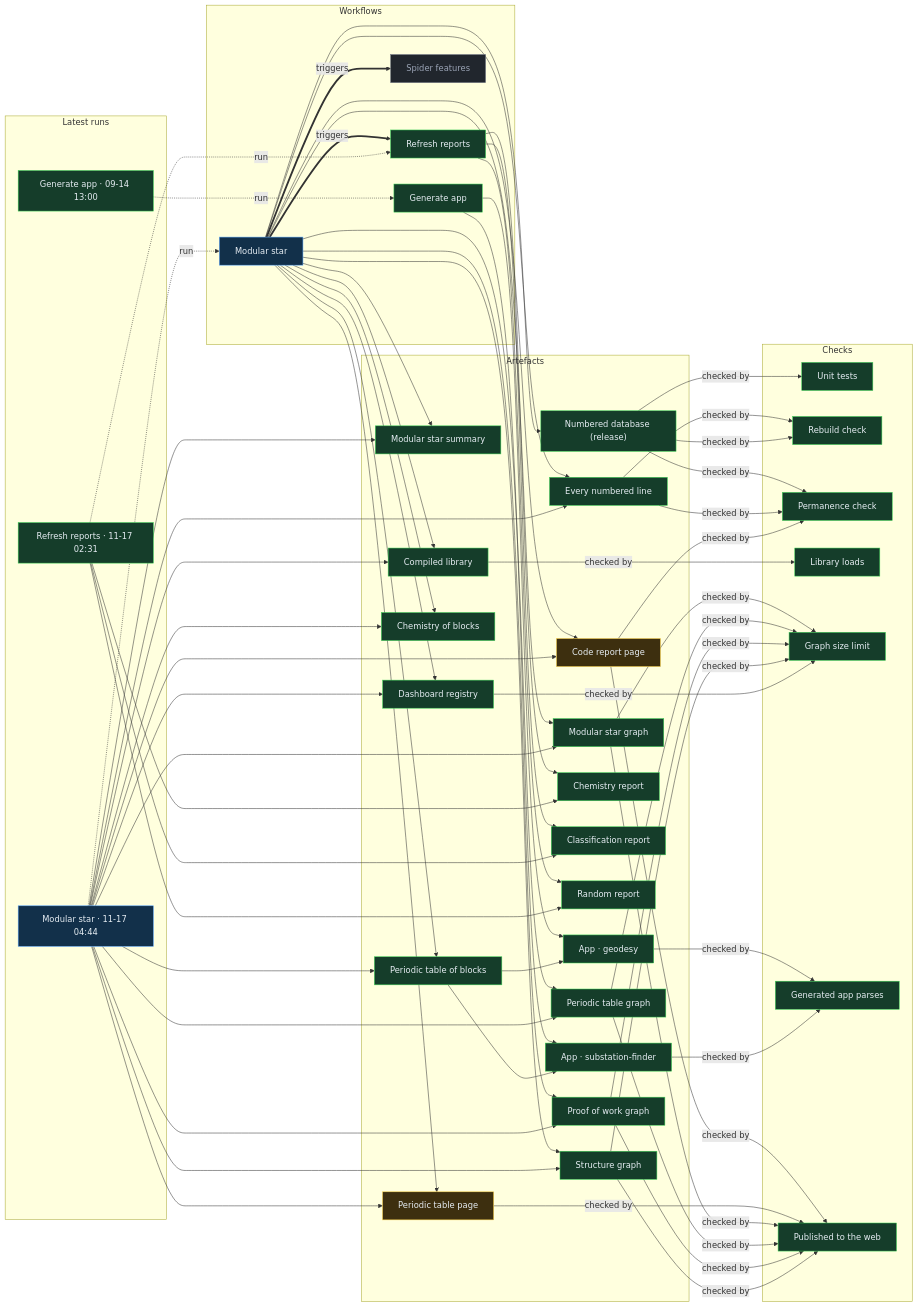
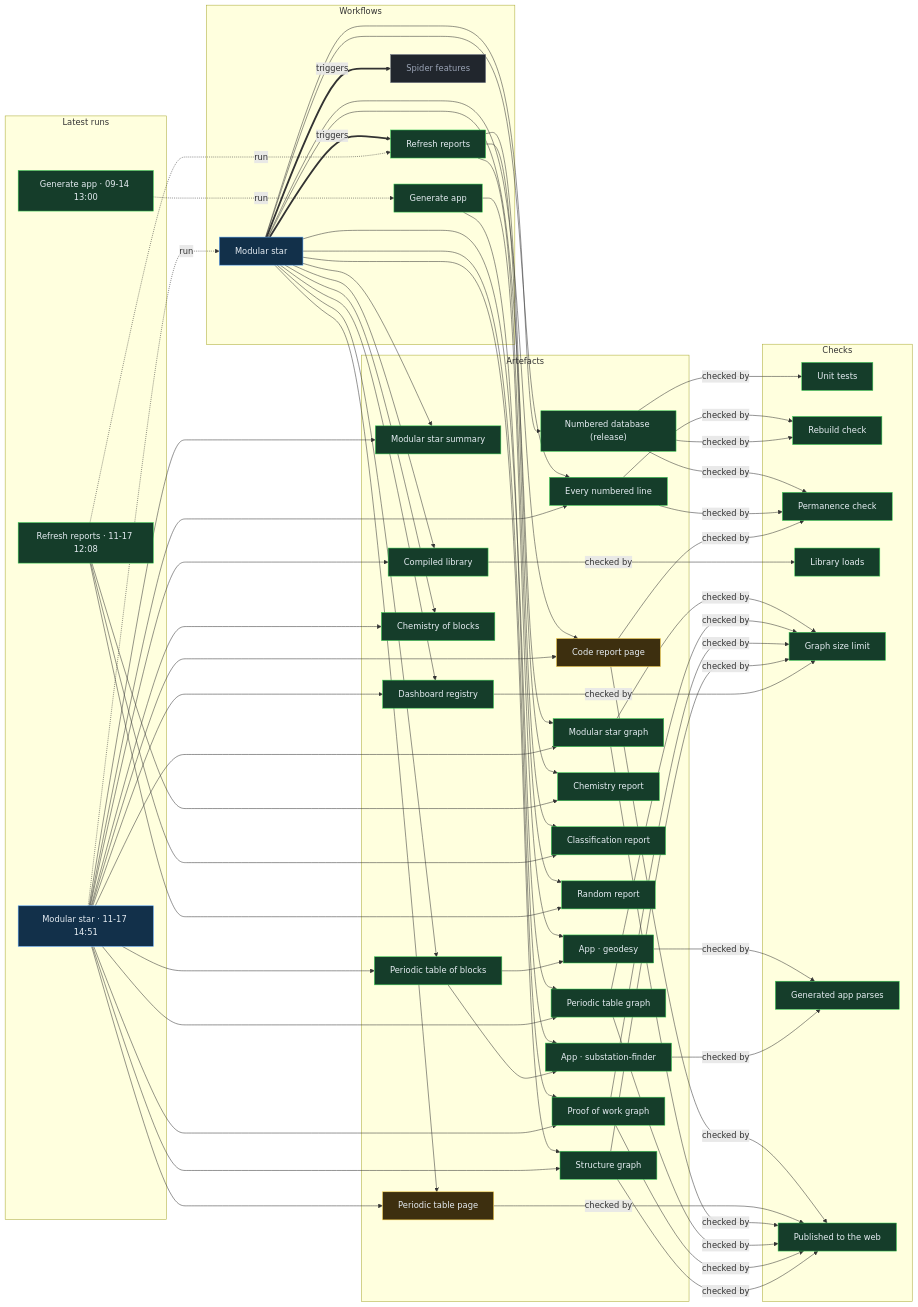
The diagram in proof/PROOF.md (Ventusltd/stars), drawn with Mermaid before and after one commit. The commit also changed other lines of this file and 169 other files, not shown here.

Commit message:
Modular star 2026-11-17T14:54Z

```diff
--- a/proof/PROOF.md
+++ b/proof/PROOF.md
@@ -24,8 +24,8 @@
   n_wf_spider_features["Spider features"]:::off
   end
   subgraph g_runs["Latest runs"]
-  n_run_44019288420["Modular star · 11-17 04:44"]:::live
-  n_run_44003601840["Refresh reports · 11-17 02:31"]:::ok
+  n_run_44107693178["Modular star · 11-17 14:51"]:::live
+  n_run_44080323729["Refresh reports · 11-17 12:08"]:::ok
   n_run_34846587798["Generate app · 09-14 13:00"]:::ok
   end
   subgraph g_artefacts["Artefacts"]
@@ -59,39 +59,39 @@
   end
   n_wf_modular_star == triggers ==> n_wf_refresh
   n_wf_modular_star == triggers ==> n_wf_spider_features
-  n_run_44019288420 -. run .-> n_wf_modular_star
-  n_run_44003601840 -. run .-> n_wf_refresh
+  n_run_44107693178 -. run .-> n_wf_modular_star
+  n_run_44080323729 -. run .-> n_wf_refresh
   n_run_34846587798 -. run .-> n_wf_generate
   n_wf_modular_star --> n_art_summary
-  n_run_44019288420 --> n_art_summary
+  n_run_44107693178 --> n_art_summary
   n_wf_modular_star --> n_art_lines
-  n_run_44019288420 --> n_art_lines
+  n_run_44107693178 --> n_art_lines
   n_wf_modular_star --> n_art_code
-  n_run_44019288420 --> n_art_code
+  n_run_44107693178 --> n_art_code
   n_wf_modular_star --> n_art_modular_graph
-  n_run_44019288420 --> n_art_modular_graph
+  n_run_44107693178 --> n_art_modular_graph
   n_wf_modular_star --> n_art_blocks
-  n_run_44019288420 --> n_art_blocks
+  n_run_44107693178 --> n_art_blocks
   n_wf_modular_star --> n_art_table
-  n_run_44019288420 --> n_art_table
+  n_run_44107693178 --> n_art_table
   n_wf_modular_star --> n_art_blocks_graph
-  n_run_44019288420 --> n_art_blocks_graph
+  n_run_44107693178 --> n_art_blocks_graph
   n_wf_modular_star --> n_art_reactions
-  n_run_44019288420 --> n_art_reactions
+  n_run_44107693178 --> n_art_reactions
   n_wf_modular_star --> n_art_library
-  n_run_44019288420 --> n_art_library
+  n_run_44107693178 --> n_art_library
   n_wf_modular_star --> n_art_features
-  n_run_44019288420 --> n_art_features
+  n_run_44107693178 --> n_art_features
   n_wf_modular_star --> n_art_proof
-  n_run_44019288420 --> n_art_proof
+  n_run_44107693178 --> n_art_proof
   n_wf_modular_star --> n_art_structure
-  n_run_44019288420 --> n_art_structure
+  n_run_44107693178 --> n_art_structure
   n_wf_refresh --> n_art_chemistry
-  n_run_44003601840 --> n_art_chemistry
+  n_run_44080323729 --> n_art_chemistry
   n_wf_refresh --> n_art_vedic
-  n_run_44003601840 --> n_art_vedic
+  n_run_44080323729 --> n_art_vedic
   n_wf_refresh --> n_art_random
-  n_run_44003601840 --> n_art_random
+  n_run_44080323729 --> n_art_random
   n_wf_modular_star --> n_art_release
   n_wf_generate --> n_app_geodesy
   n_art_blocks --> n_app_geodesy
```
